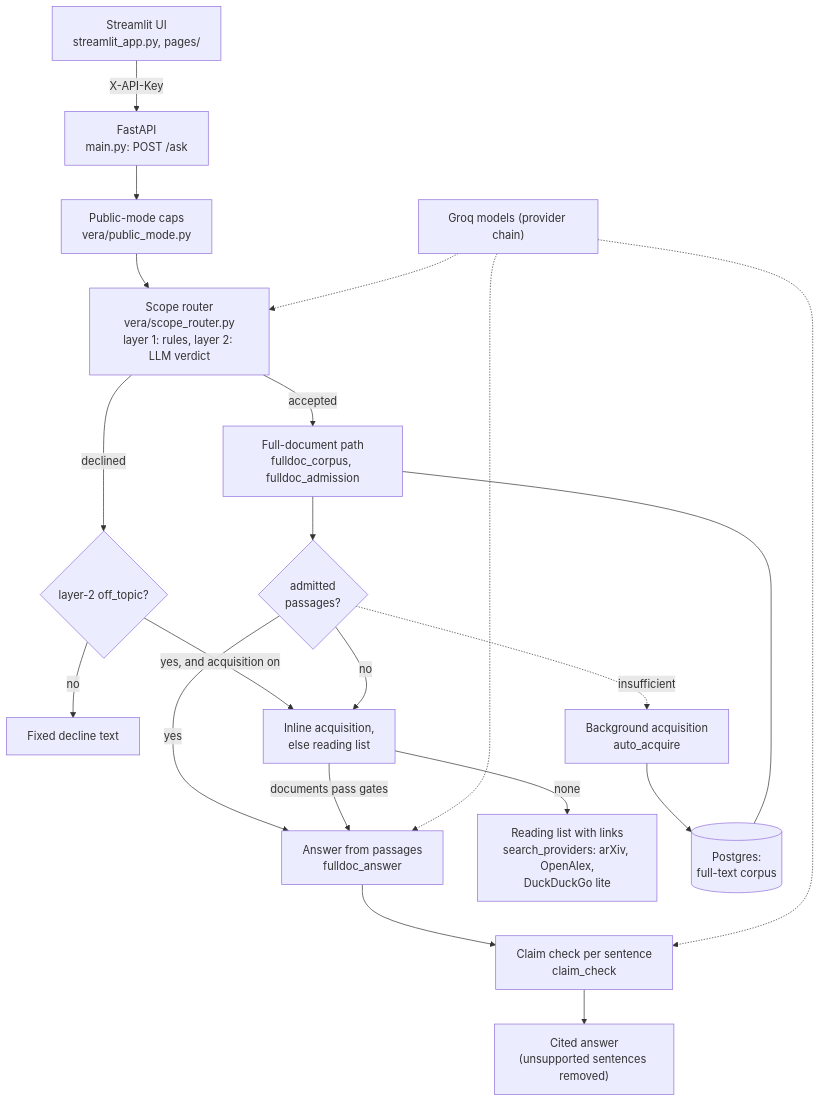
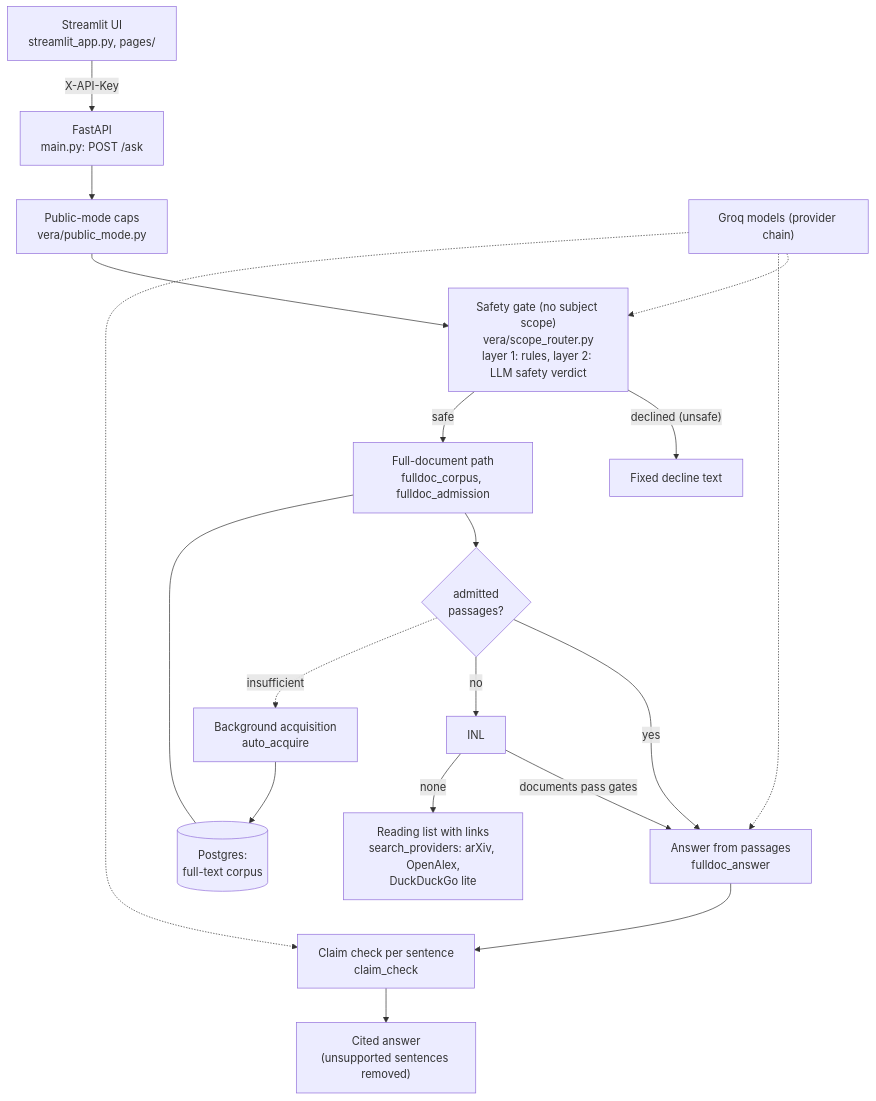
The diagram in README.md (taggm-ghc/vera-dar), drawn with Mermaid before and after one commit. The commit also changed other lines of this file and 45 other files, not shown here.

````diff
--- a/README.md
+++ b/README.md
@@ -19,23 +19,21 @@
 ```mermaid
 flowchart TD
     UI["Streamlit UI<br/>streamlit_app.py, pages/"] -->|"X-API-Key"| API["FastAPI<br/>main.py: POST /ask"]
     API --> CAPS["Public-mode caps<br/>vera/public_mode.py"]
-    CAPS --> SCOPE["Scope router<br/>vera/scope_router.py<br/>layer 1: rules, layer 2: LLM verdict"]
-    SCOPE -->|"declined"| DECL{"layer-2 off_topic?"}
-    DECL -->|"no"| REFUSE["Fixed decline text"]
-    DECL -->|"yes, and acquisition on"| INL["Inline acquisition,<br/>else reading list"]
-    SCOPE -->|"accepted"| FD["Full-document path<br/>fulldoc_corpus, fulldoc_admission"]
+    CAPS --> SCOPE["Safety gate (no subject scope)<br/>vera/scope_router.py<br/>layer 1: rules, layer 2: LLM safety verdict"]
+    SCOPE -->|"declined (unsafe)"| REFUSE["Fixed decline text"]
+    SCOPE -->|"safe"| FD["Full-document path<br/>fulldoc_corpus, fulldoc_admission"]
     FD --> ADMIT{"admitted<br/>passages?"}
     ADMIT -->|"yes"| ANS["Answer from passages<br/>fulldoc_answer"]
     ANS --> CC["Claim check per sentence<br/>claim_check"]
     CC --> OUT["Cited answer<br/>(unsupported sentences removed)"]
     ADMIT -->|"no"| INL
     INL -->|"documents pass gates"| ANS
     INL -->|"none"| RL["Reading list with links<br/>search_providers: arXiv, OpenAlex,<br/>DuckDuckGo lite"]
     ADMIT -.->|"insufficient"| BG["Background acquisition<br/>auto_acquire"]
     BG --> STORE[("Postgres:<br/>full-text corpus")]
     FD --- STORE
     LLM["Groq models (provider chain)"] -.-> SCOPE
     LLM -.-> ANS
     LLM -.-> CC
 ```
````
